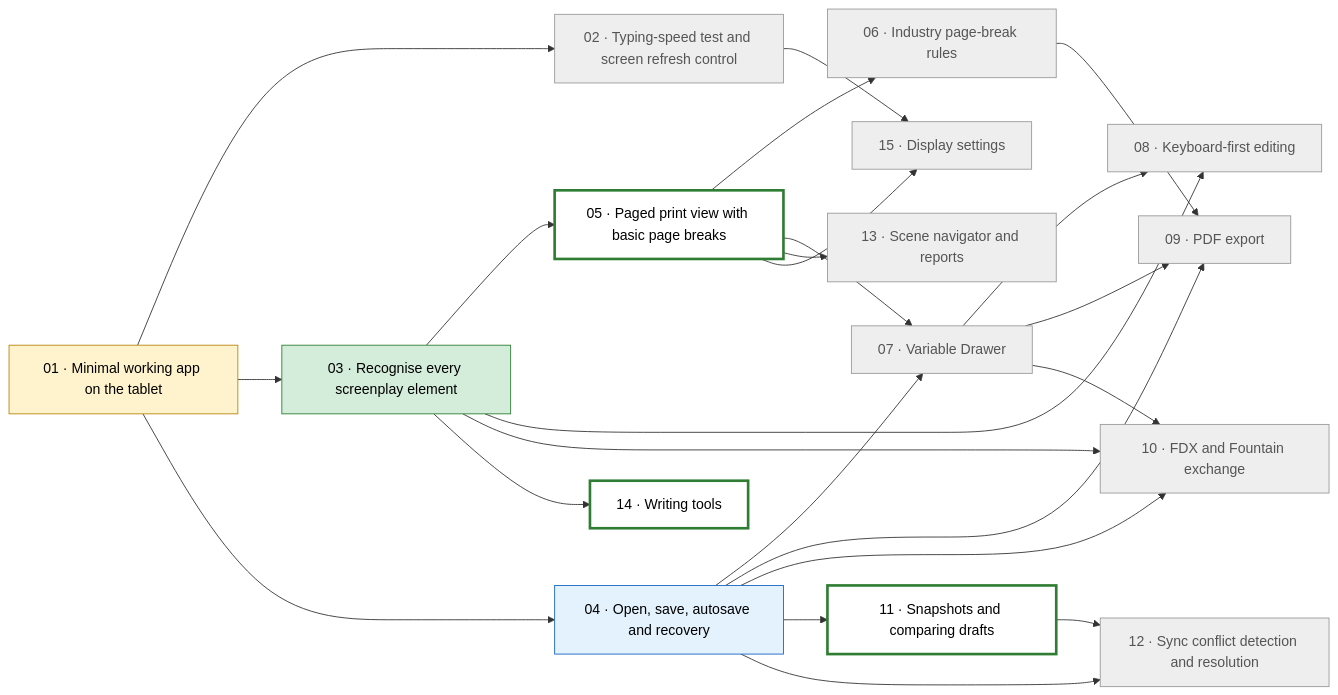
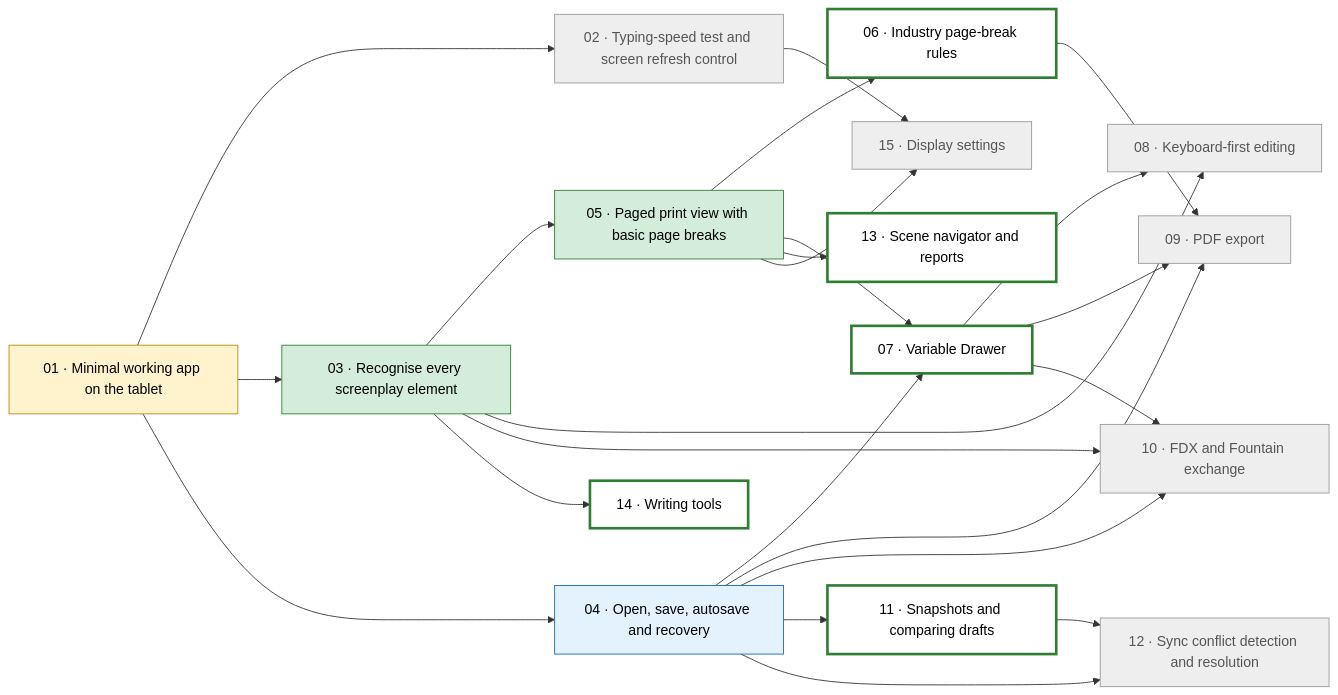
The diagram in PLAN.md (mikebgio/eink-screenplay-writer), drawn with Mermaid before and after one commit. The commit also changed other lines of this file and 37 other files, not shown here.

First line of the commit message:
05: Paged print view with basic page breaks (#8)

````diff
--- a/PLAN.md
+++ b/PLAN.md
@@ -45,45 +45,45 @@
 ```mermaid
 flowchart LR
   T01["01 · Minimal working app on the tablet"]:::inprogress
   T02["02 · Typing-speed test and screen refresh control"]:::blocked
   T03["03 · Recognise every screenplay element"]:::done
   T04["04 · Open, save, autosave and recovery"]:::needsdevice
-  T05["05 · Paged print view with basic page breaks"]:::ready
-  T06["06 · Industry page-break rules"]:::blocked
-  T07["07 · Variable Drawer"]:::blocked
+  T05["05 · Paged print view with basic page breaks"]:::done
+  T06["06 · Industry page-break rules"]:::ready
+  T07["07 · Variable Drawer"]:::ready
   T08["08 · Keyboard-first editing"]:::blocked
   T09["09 · PDF export"]:::blocked
   T10["10 · FDX and Fountain exchange"]:::blocked
   T11["11 · Snapshots and comparing drafts"]:::ready
   T12["12 · Sync conflict detection and resolution"]:::blocked
-  T13["13 · Scene navigator and reports"]:::blocked
+  T13["13 · Scene navigator and reports"]:::ready
   T14["14 · Writing tools"]:::ready
   T15["15 · Display settings"]:::blocked
   T01 --> T02
   T01 --> T03
   T01 --> T04
   T03 --> T05
   T05 --> T06
   T04 --> T07
   T05 --> T07
   T03 --> T08
   T07 --> T08
   T04 --> T09
   T06 --> T09
   T07 --> T09
   T03 --> T10
   T04 --> T10
   T07 --> T10
   T04 --> T11
   T04 --> T12
   T11 --> T12
   T05 --> T13
   T03 --> T14
   T02 --> T15
   T05 --> T15
   classDef done fill:#d4edda,stroke:#2e7d32,color:#000
   classDef needsdevice fill:#e3f2fd,stroke:#1565c0,color:#000
   classDef inprogress fill:#fff3cd,stroke:#b8860b,color:#000
   classDef ready fill:#ffffff,stroke:#2e7d32,stroke-width:3px,color:#000
   classDef blocked fill:#eeeeee,stroke:#999,color:#555
 ```
````
